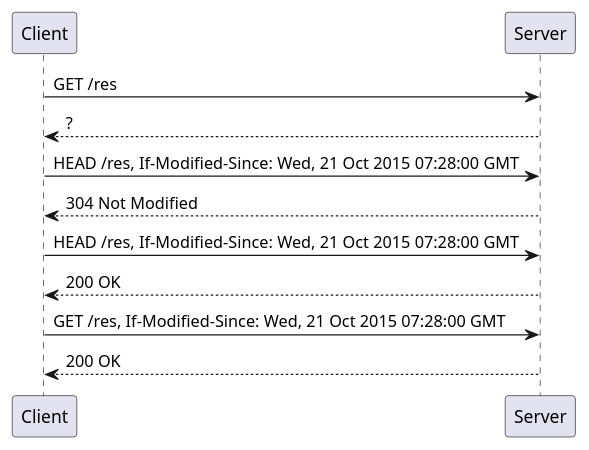
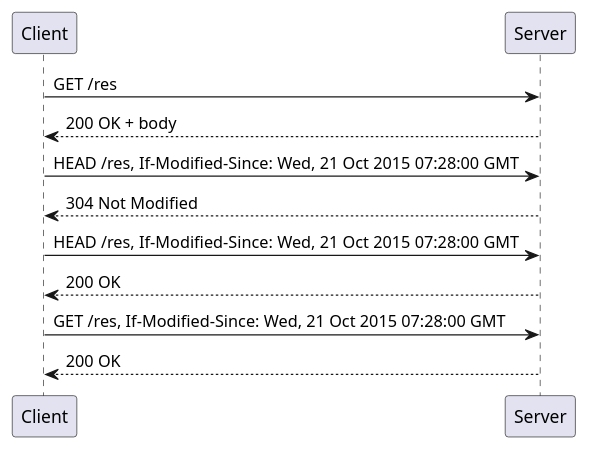
Before and after one commit to Mark-Kovalyov/JettyShare: the diagram in jetty-media-share/docs/if-modified.puml, drawn with PlantUML. The commit also changed 9 other files, not shown here.

```diff
--- a/jetty-media-share/docs/if-modified.puml
+++ b/jetty-media-share/docs/if-modified.puml
@@ -1,13 +1,13 @@
 @startuml
 Client -> Server : GET /res
-Server --> Client : ?
+Server --> Client : 200 OK + body
 
 Client -> Server : HEAD /res, If-Modified-Since: Wed, 21 Oct 2015 07:28:00 GMT
 Server --> Client : 304 Not Modified
 
 Client -> Server : HEAD /res, If-Modified-Since: Wed, 21 Oct 2015 07:28:00 GMT
 Server --> Client : 200 OK
 
 Client -> Server : GET /res, If-Modified-Since: Wed, 21 Oct 2015 07:28:00 GMT
 Server --> Client : 200 OK
 @enduml
```
